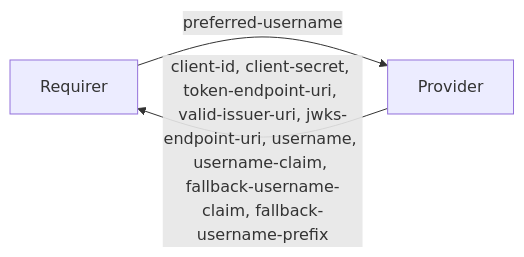
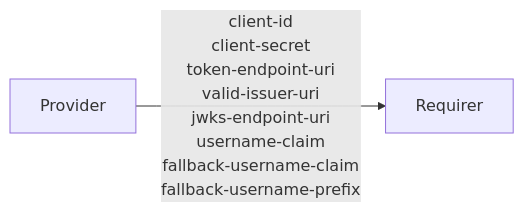
Before and after one commit to canonical/charm-relation-interfaces: the diagram in interfaces/kafka_oauth/v0/README.md, drawn with Mermaid. The commit also changed other lines of this file and 1 other file, not shown here.

````diff
--- a/interfaces/kafka_oauth/v0/README.md
+++ b/interfaces/kafka_oauth/v0/README.md
@@ -42,6 +17,4 @@
 ```mermaid
-
 flowchart LR
-    Requirer -- preferred-username --> Provider
-    Provider -- client-id, client-secret, token-endpoint-uri, valid-issuer-uri, jwks-endpoint-uri, username, username-claim, fallback-username-claim, fallback-username-prefix --> Requirer
+    Provider -- client-id\nclient-secret\ntoken-endpoint-uri\nvalid-issuer-uri\njwks-endpoint-uri\nusername-claim\nfallback-username-claim\nfallback-username-prefix --> Requirer
 ```
````
